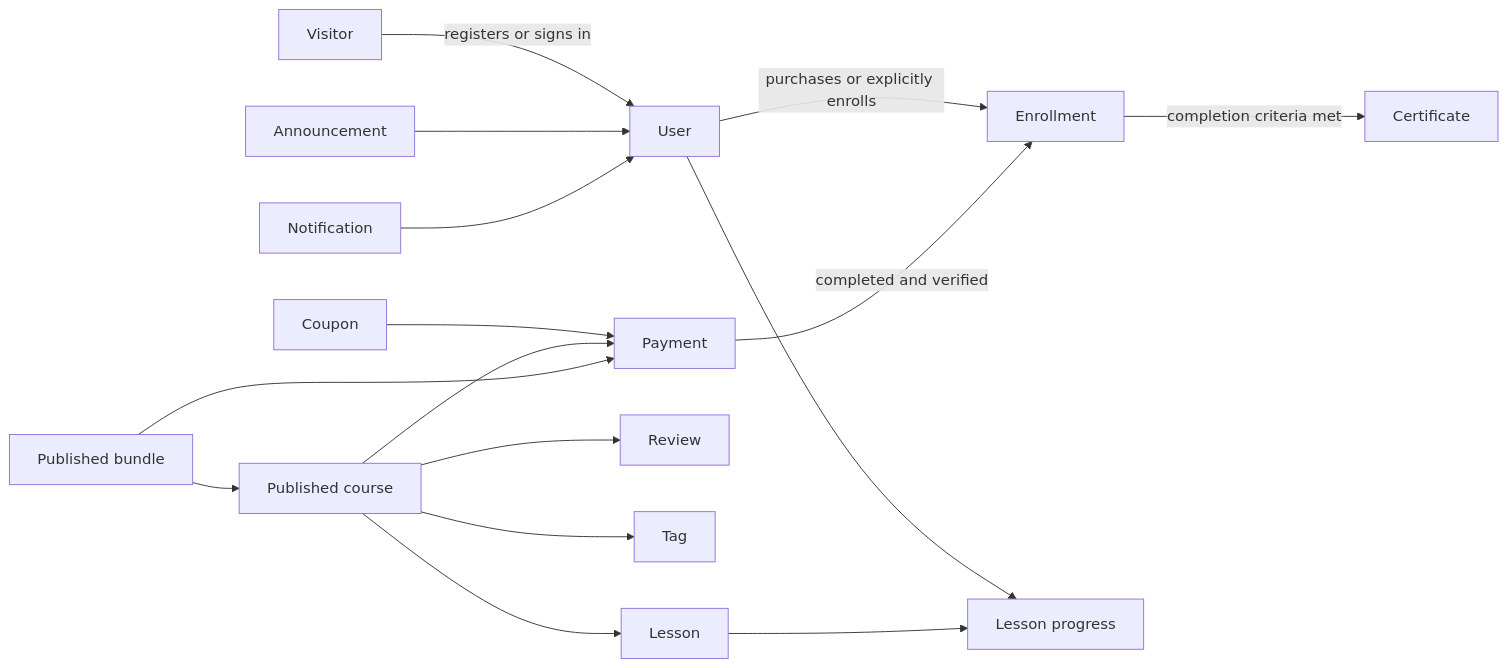
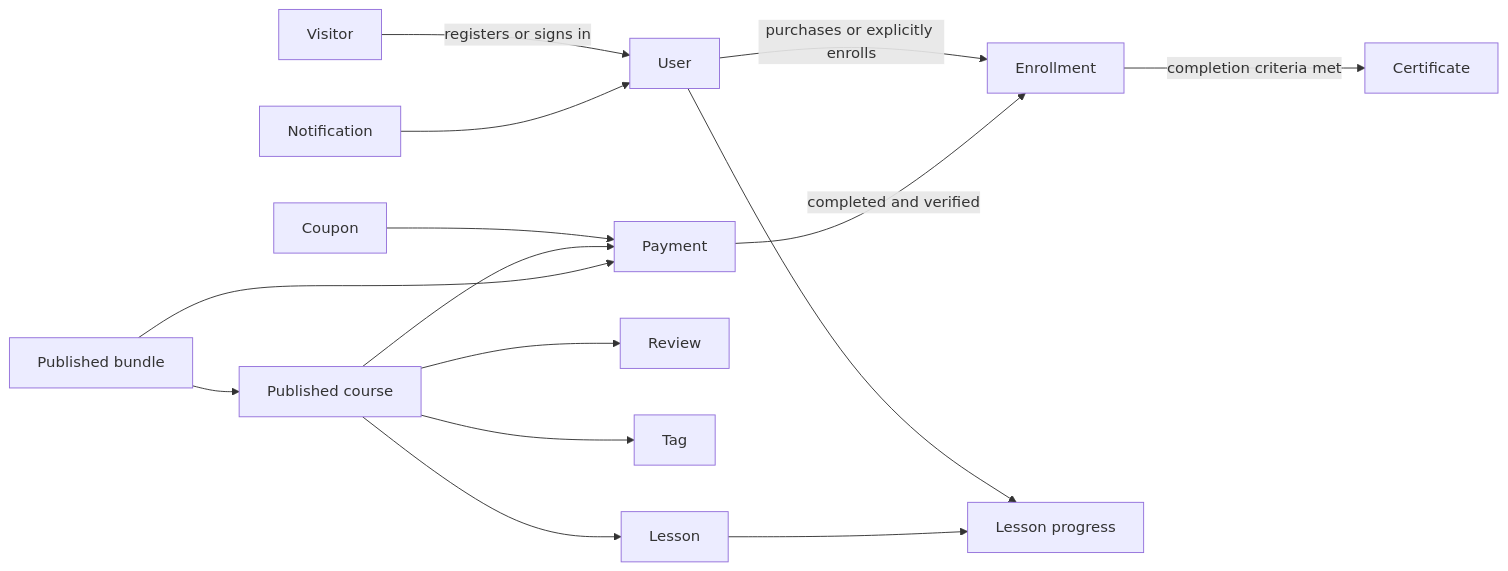
One commit to ohmiler/milerdev changed the diagram in docs/glossary/user-facing-redesign-domain.md. Above: the diagram before and after it, drawn with Mermaid. The commit also changed other lines of this file and 27 other files, not shown here.

````diff
--- a/docs/glossary/user-facing-redesign-domain.md
+++ b/docs/glossary/user-facing-redesign-domain.md
@@ -11,18 +11,17 @@
 ```mermaid
 flowchart LR
     Visitor[Visitor] -->|registers or signs in| User[User]
     User -->|purchases or explicitly enrolls| Enrollment[Enrollment]
     Course[Published course] --> Lesson[Lesson]
     Course --> Review[Review]
     Course --> Tag[Tag]
     Bundle[Published bundle] --> Course
     Coupon[Coupon] --> Payment[Payment]
     Course --> Payment
     Bundle --> Payment
     Payment -->|completed and verified| Enrollment
     User --> LessonProgress[Lesson progress]
     Lesson --> LessonProgress
     Enrollment -->|completion criteria met| Certificate[Certificate]
-    Announcement[Announcement] --> User
     Notification[Notification] --> User
 ```
````
